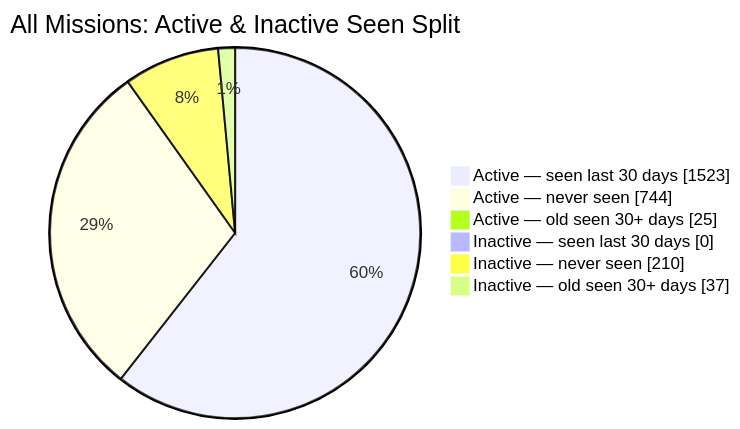
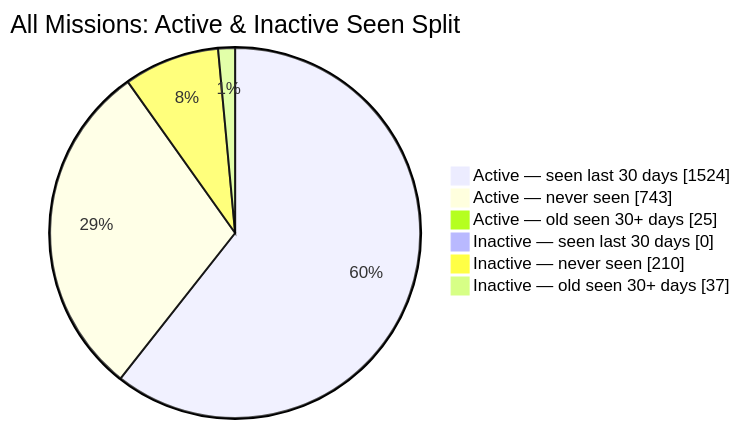
The second of 2 diagrams in README.md (MeldkamerspelGameTeam/active-missions), drawn with Mermaid before and after one commit. The commit also changed other lines of this file and 3 other files, not shown here.

````diff
--- a/README.md
+++ b/README.md
@@ -44,10 +44,10 @@
 ```mermaid
 pie showData
     title All Missions: Active & Inactive Seen Split
-    "Active — seen last 30 days" : 1523
-    "Active — never seen" : 744
+    "Active — seen last 30 days" : 1524
+    "Active — never seen" : 743
     "Active — old seen 30+ days" : 25
     "Inactive — seen last 30 days" : 0
     "Inactive — never seen" : 210
     "Inactive — old seen 30+ days" : 37
 ```
````
